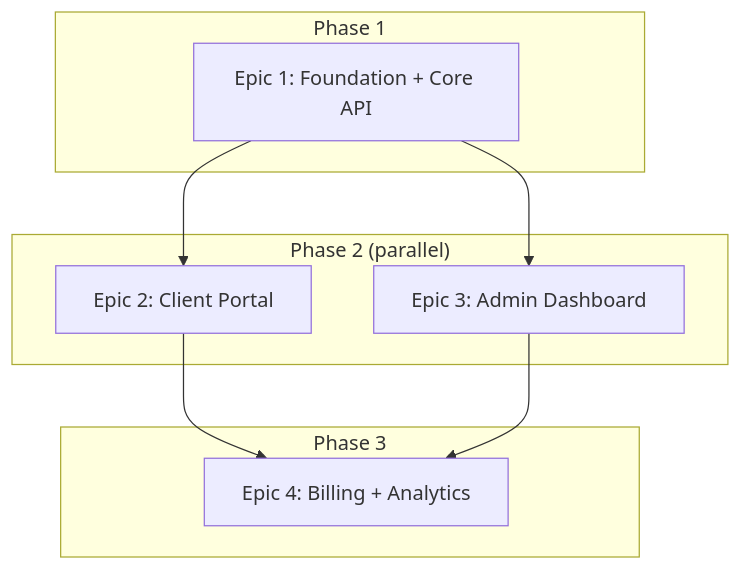
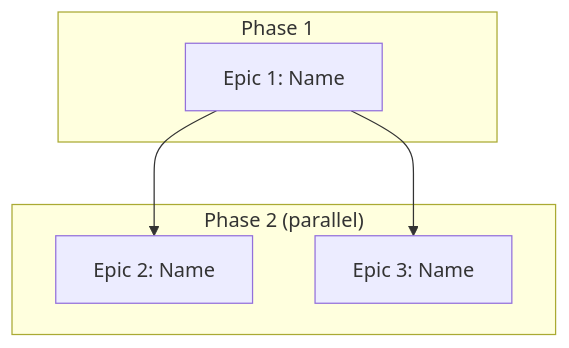
Before and after one commit to mobasak/fabrik: the diagram in docs/traycer/mega-epic-breakdown/02-epic-decomposition-command.md, drawn with Mermaid. The commit also changed other lines of this file and 18 other files, not shown here.

````diff
--- a/docs/traycer/mega-epic-breakdown/02-epic-decomposition-command.md
+++ b/docs/traycer/mega-epic-breakdown/02-epic-decomposition-command.md
@@ -124,17 +166,12 @@
 ```mermaid
 graph TD
   subgraph "Phase 1"
-    E1[Epic 1: Foundation + Core API]
+    E1[Epic 1: Name]
   end
   subgraph "Phase 2 (parallel)"
-    E2[Epic 2: Client Portal]
-    E3[Epic 3: Admin Dashboard]
-  end
-  subgraph "Phase 3"
-    E4[Epic 4: Billing + Analytics]
+    E2[Epic 2: Name]
+    E3[Epic 3: Name]
   end
   E1 --> E2
   E1 --> E3
-  E2 --> E4
-  E3 --> E4
 ```
````
